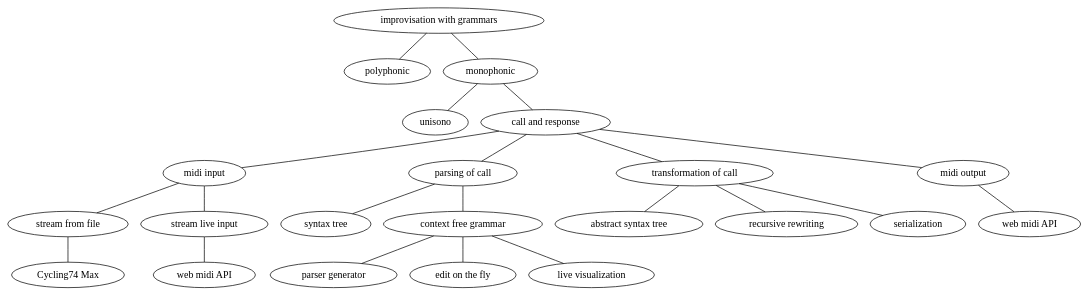
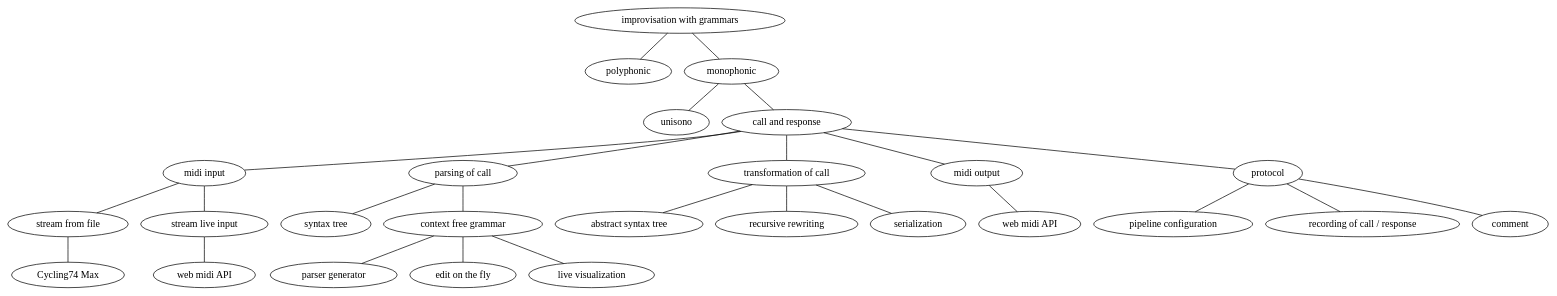
The diagram in meta/ma-ideas.dot (spirio-sessions/grammar-music), drawn with Graphviz before and after one commit. The commit also changed 1 other file, not shown here.

```diff
--- a/meta/ma-ideas.dot
+++ b/meta/ma-ideas.dot
@@ -1,51 +1,61 @@
 graph G {
 
   start [label="improvisation with grammars"]
   polyphonic
   monophonic
   unisono
   cnr [label="call and response"]
   midiin [label="midi input"]
   strf [label="stream from file"]
   strl [label="stream live input"]
   cyc74max [label="Cycling74 Max"]
   webmidiin [label="web midi API"]
   poc [label="parsing of call"]
   st [label="syntax tree"]
   ast [label="abstract syntax tree"]
   recrew [label="recursive rewriting"]
   srlz [label="serialization"]
   toc [label="transformation of call"]
   midiout [label="midi output"]
   webmidiout [label="web midi API"]
   cfg [label="context free grammar"]
   pgen [label="parser generator"]
   liveedit [label="edit on the fly"]
   viz [label="live visualization"]
+  ptcl [label="protocol"]
+  cfgs [label="pipeline configuration"]
+  rec [label="recording of call / response"]
+  comm [label="comment"]
 
   start -- polyphonic
   start -- monophonic
   monophonic -- unisono
   monophonic -- cnr
 
     cnr -- midiin // symbolic vs. raw audio omitted
       midiin -- strf
         strf -- cyc74max
       midiin -- strl
         strl -- webmidiin
 
     cnr -- poc
     poc -- cfg
       cfg -- pgen
       cfg -- liveedit
       cfg -- viz
     poc -- st
 
     cnr -- toc
       toc -- ast
       toc -- recrew
       toc --srlz
+
     cnr -- midiout
       midiout -- webmidiout
+
+    cnr -- ptcl
+      ptcl -- cfgs
+      ptcl -- rec
+      ptcl -- comm
   
 }
```
